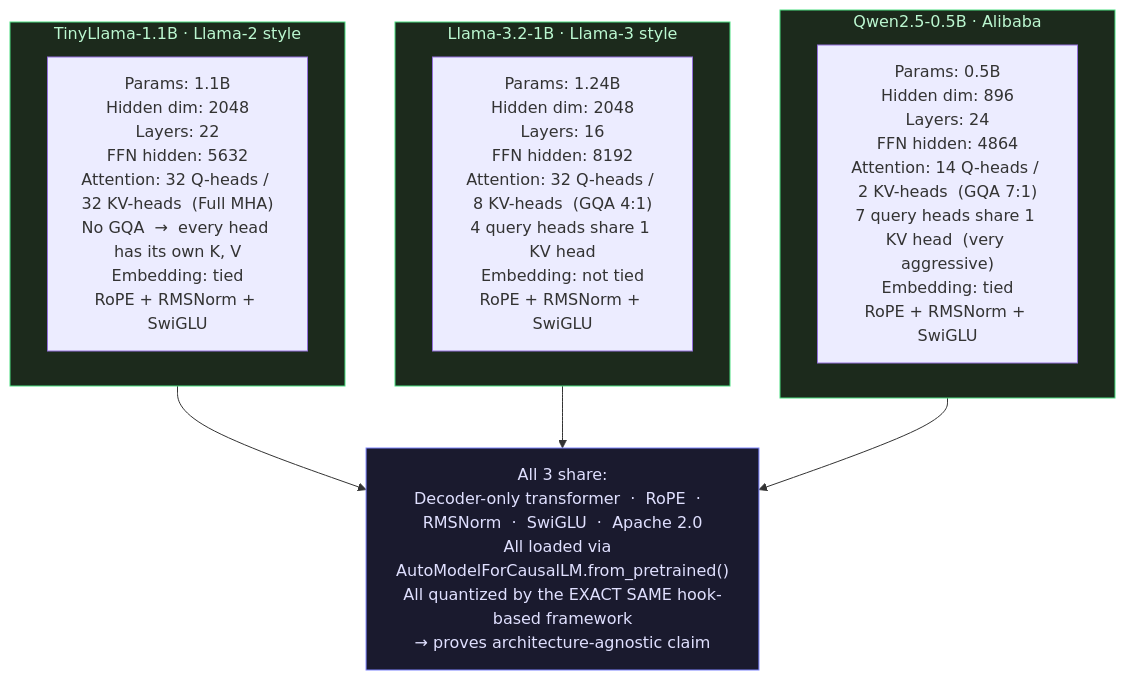
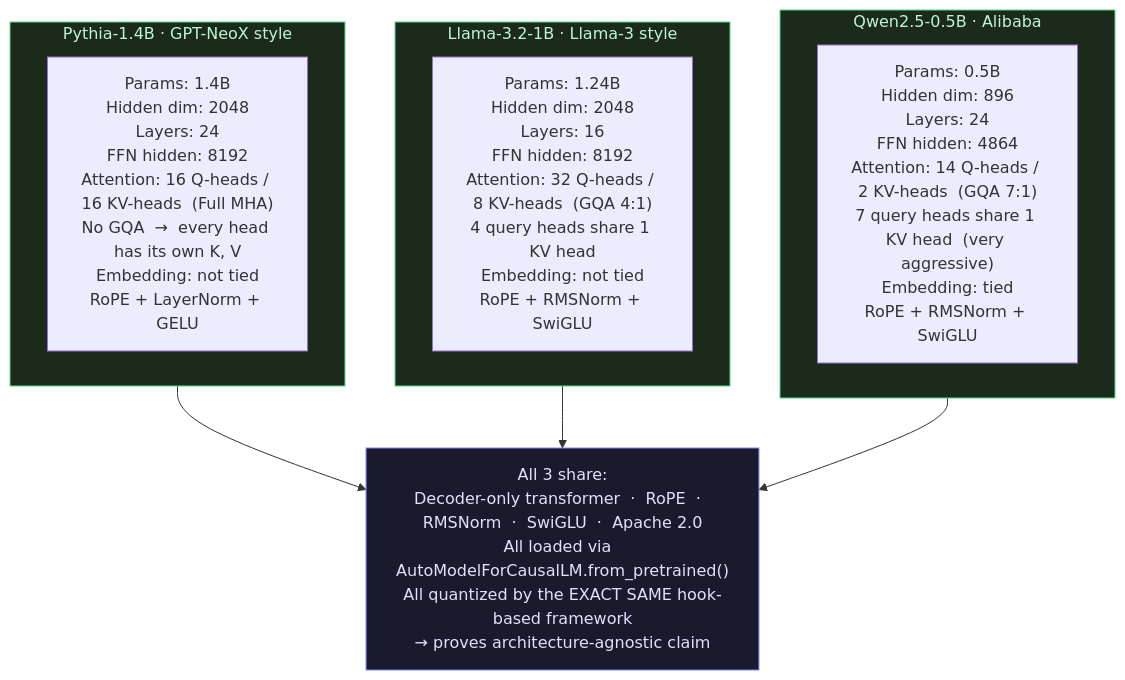
Before and after one commit to itsalam149/final-year-btp: the ninth of 13 diagrams in README.md, drawn with Mermaid. The commit also changed other lines of this file and 4 other files, not shown here.

Commit message:
Swap TinyLlama for Pythia-1.4B to preserve true Full MHA baseline

````diff
--- a/README.md
+++ b/README.md
@@ -486,25 +486,25 @@
 ```mermaid
 flowchart TD
-    subgraph TINYLLAMA["TinyLlama-1.1B  ·  Llama-2 style"]
-        T1["Params: 1.1B\nHidden dim: 2048\nLayers: 22\nFFN hidden: 5632\nAttention: 32 Q-heads / 32 KV-heads  (Full MHA)\nNo GQA  →  every head has its own K, V\nEmbedding: tied\nRoPE + RMSNorm + SwiGLU"]
+    subgraph PYTHIA["Pythia-1.4B  ·  GPT-NeoX style"]
+        T1["Params: 1.4B\nHidden dim: 2048\nLayers: 24\nFFN hidden: 8192\nAttention: 16 Q-heads / 16 KV-heads  (Full MHA)\nNo GQA  →  every head has its own K, V\nEmbedding: not tied\nRoPE + LayerNorm + GELU"]
     end
 
     subgraph LLAMA["Llama-3.2-1B  ·  Llama-3 style"]
         L1["Params: 1.24B\nHidden dim: 2048\nLayers: 16\nFFN hidden: 8192\nAttention: 32 Q-heads / 8 KV-heads  (GQA 4:1)\n4 query heads share 1 KV head\nEmbedding: not tied\nRoPE + RMSNorm + SwiGLU"]
     end
 
     subgraph QWEN["Qwen2.5-0.5B  ·  Alibaba"]
         Q1["Params: 0.5B\nHidden dim: 896\nLayers: 24\nFFN hidden: 4864\nAttention: 14 Q-heads / 2 KV-heads  (GQA 7:1)\n7 query heads share 1 KV head  (very aggressive)\nEmbedding: tied\nRoPE + RMSNorm + SwiGLU"]
     end
 
     SHARED["All 3 share:\nDecoder-only transformer  ·  RoPE  ·  RMSNorm  ·  SwiGLU  ·  Apache 2.0\nAll loaded via  AutoModelForCausalLM.from_pretrained()\nAll quantized by the EXACT SAME hook-based framework\n→ proves architecture-agnostic claim"]
 
-    TINYLLAMA --> SHARED
+    PYTHIA --> SHARED
     LLAMA --> SHARED
     QWEN --> SHARED
 
     style SHARED fill:#1a1a2e,color:#e0e0ff,stroke:#7c83fd
-    style TINYLLAMA fill:#1c2a1c,color:#bbf7d0,stroke:#4ade80
+    style PYTHIA fill:#1c2a1c,color:#bbf7d0,stroke:#4ade80
     style LLAMA fill:#1c2a1c,color:#bbf7d0,stroke:#4ade80
     style QWEN fill:#1c2a1c,color:#bbf7d0,stroke:#4ade80
 ```
````
